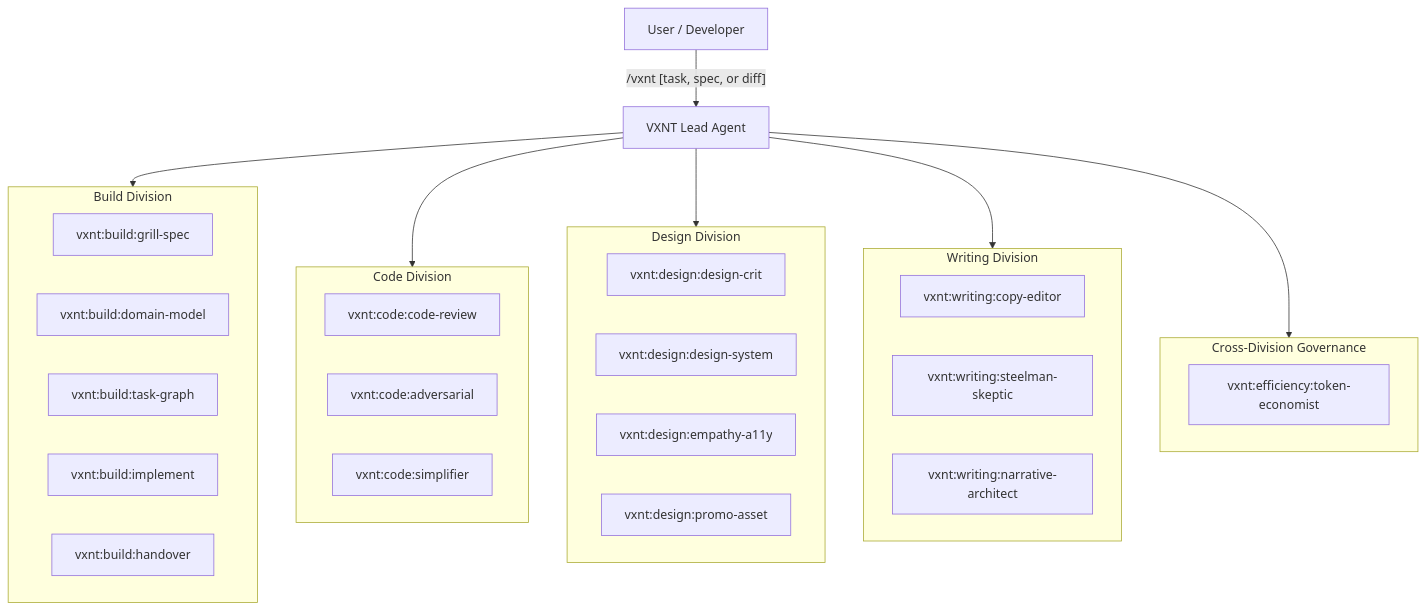
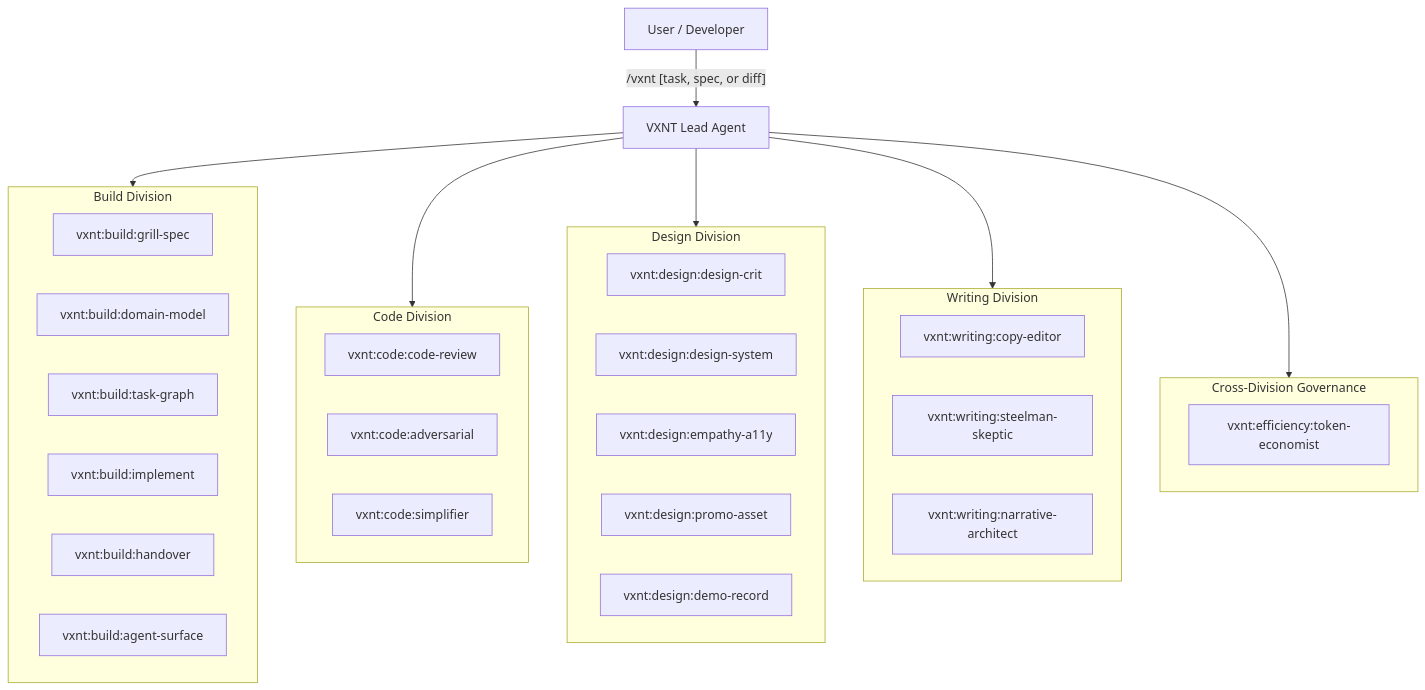
Before and after one commit to visualnaut/skills: the diagram in README.md, drawn with Mermaid. The commit also changed other lines of this file and 2 other files, not shown here.

First line of the commit message:
docs(orchestrator): register demo-record and agent-surface across system manifests

````diff
--- a/README.md
+++ b/README.md
@@ -17,41 +17,43 @@
 ```mermaid
 flowchart TD
     User["User / Developer"] -->|"/vxnt [task, spec, or diff]"| VXNT["VXNT Lead Agent"]
     
     subgraph BuildDivision ["Build Division"]
         GS["vxnt:build:grill-spec"]
         DM["vxnt:build:domain-model"]
         TG["vxnt:build:task-graph"]
         IMP["vxnt:build:implement"]
         HO["vxnt:build:handover"]
+        AS["vxnt:build:agent-surface"]
     end
 
     subgraph CodeDivision ["Code Division"]
         CR["vxnt:code:code-review"]
         ADV["vxnt:code:adversarial"]
         SMP["vxnt:code:simplifier"]
     end
     
     subgraph DesignDivision ["Design Division"]
         DC["vxnt:design:design-crit"]
         DS["vxnt:design:design-system"]
         EA["vxnt:design:empathy-a11y"]
         PA["vxnt:design:promo-asset"]
+        DR["vxnt:design:demo-record"]
     end
     
     subgraph WritingDivision ["Writing Division"]
         CE["vxnt:writing:copy-editor"]
         SS["vxnt:writing:steelman-skeptic"]
         NA["vxnt:writing:narrative-architect"]
     end
 
     subgraph Governance ["Cross-Division Governance"]
         TE["vxnt:efficiency:token-economist"]
     end
     
     VXNT --> BuildDivision
     VXNT --> CodeDivision
     VXNT --> DesignDivision
     VXNT --> WritingDivision
     VXNT --> Governance
 ```
````
